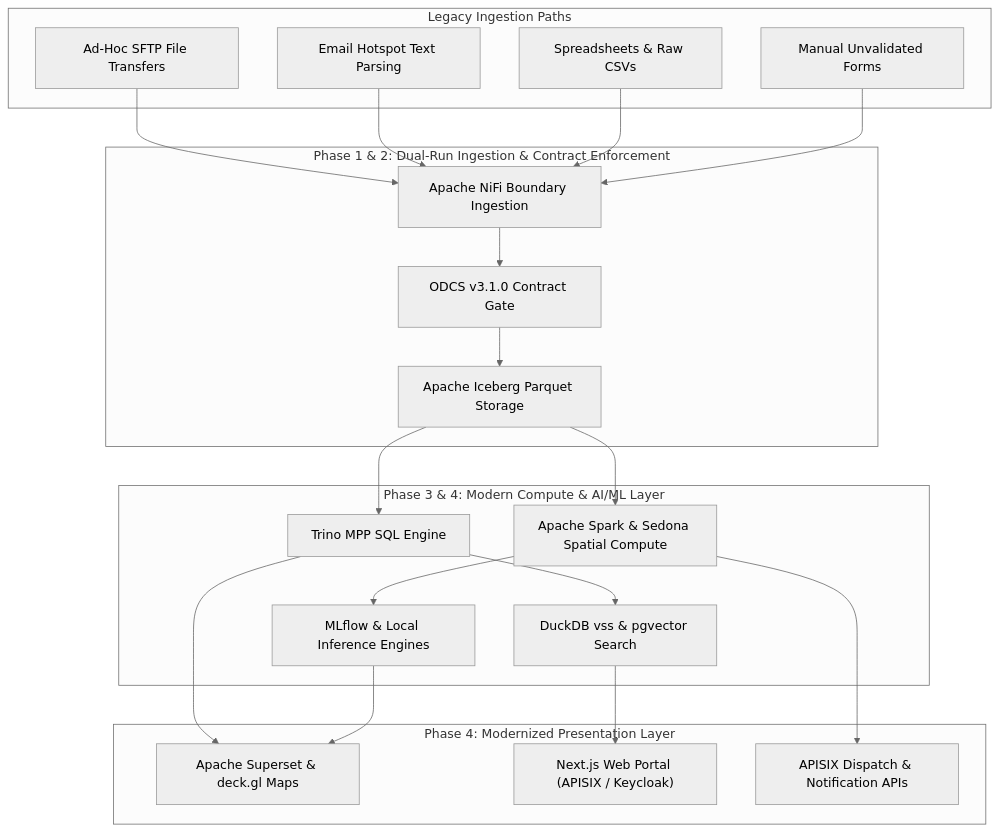
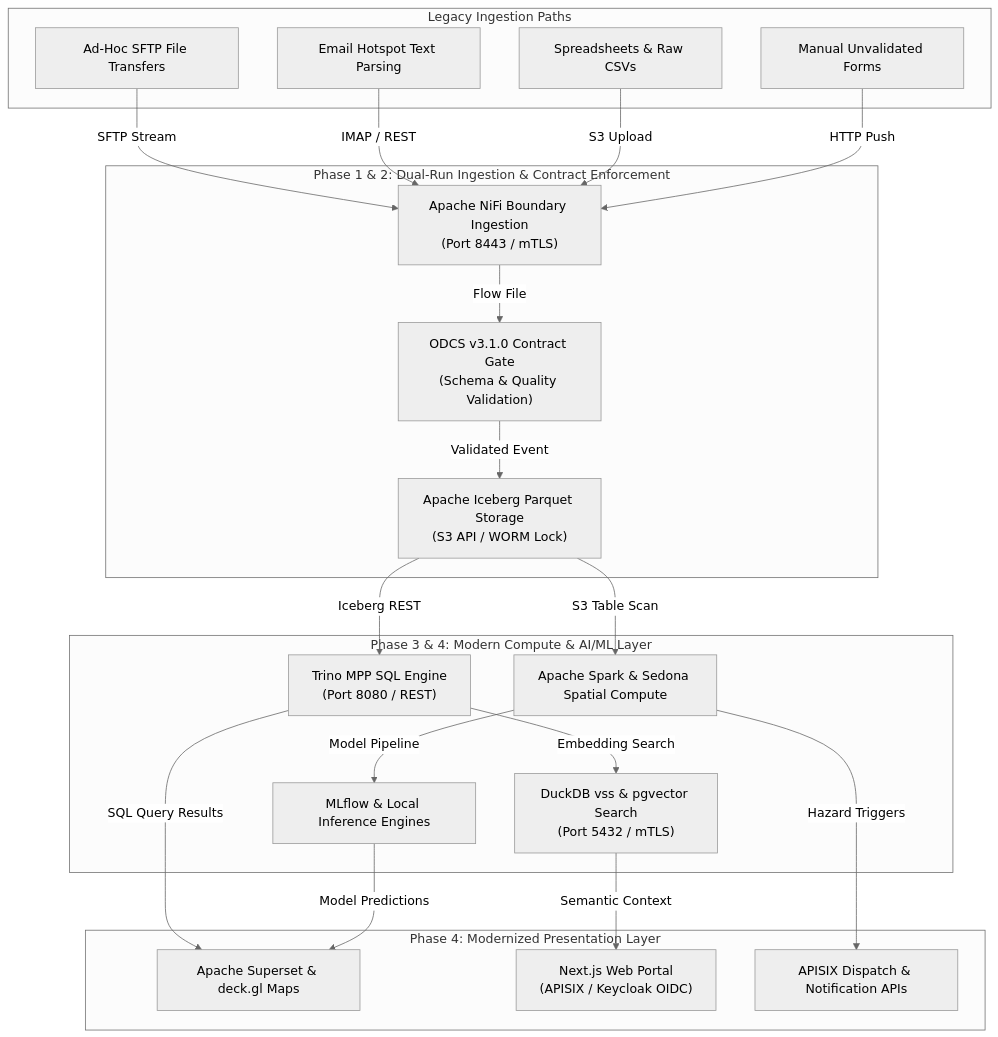
One commit to linuxmalaysia/bda-ai-infra changed the first of 2 diagrams in docs/reference/5-year-bda-ai-roadmap-and-business-case.md. Above: the diagram before and after it, drawn with Mermaid (neutral theme). The commit also changed other lines of this file and 18 other files, not shown here.

Commit message:
feat: add dual-render diagram AI skill and refactor all existing diagrams

````diff
--- a/docs/reference/5-year-bda-ai-roadmap-and-business-case.md
+++ b/docs/reference/5-year-bda-ai-roadmap-and-business-case.md
@@ -127,44 +219,44 @@
 ```mermaid
 flowchart TD
     subgraph LegacyIngest ["Legacy Ingestion Paths"]
         L1["Manual Unvalidated Forms"]
-        L2["Spreadsheets & Raw CSVs"]
+        L2["Spreadsheets &amp; Raw CSVs"]
         L3["Email Hotspot Text Parsing"]
         L4["Ad-Hoc SFTP File Transfers"]
     end
 
-    subgraph DualRunPipeline ["Phase 1 & 2: Dual-Run Ingestion & Contract Enforcement"]
-        NiFi["Apache NiFi Boundary Ingestion"]
-        ODCS["ODCS v3.1.0 Contract Gate"]
-        Iceberg["Apache Iceberg Parquet Storage"]
+    subgraph DualRunPipeline ["Phase 1 &amp; 2: Dual-Run Ingestion &amp; Contract Enforcement"]
+        NiFi["Apache NiFi Boundary Ingestion<br/>(Port 8443 / mTLS)"]
+        ODCS["ODCS v3.1.0 Contract Gate<br/>(Schema &amp; Quality Validation)"]
+        Iceberg["Apache Iceberg Parquet Storage<br/>(S3 API / WORM Lock)"]
     end
 
-    subgraph ModernComputeAI ["Phase 3 & 4: Modern Compute & AI/ML Layer"]
-        SparkSedona["Apache Spark & Sedona Spatial Compute"]
-        Trino["Trino MPP SQL Engine"]
-        MLOps["MLflow & Local Inference Engines"]
-        VectorSearch["DuckDB vss & pgvector Search"]
+    subgraph ModernComputeAI ["Phase 3 &amp; 4: Modern Compute &amp; AI/ML Layer"]
+        SparkSedona["Apache Spark &amp; Sedona Spatial Compute"]
+        Trino["Trino MPP SQL Engine<br/>(Port 8080 / REST)"]
+        MLOps["MLflow &amp; Local Inference Engines"]
+        VectorSearch["DuckDB vss &amp; pgvector Search<br/>(Port 5432 / mTLS)"]
     end
 
     subgraph Presentation ["Phase 4: Modernized Presentation Layer"]
-        Superset["Apache Superset & deck.gl Maps"]
-        Portal["Next.js Web Portal (APISIX / Keycloak)"]
-        Alerts["APISIX Dispatch & Notification APIs"]
+        Superset["Apache Superset &amp; deck.gl Maps"]
+        Portal["Next.js Web Portal<br/>(APISIX / Keycloak OIDC)"]
+        Alerts["APISIX Dispatch &amp; Notification APIs"]
     end
 
-    L1 --> NiFi
-    L2 --> NiFi
-    L3 --> NiFi
-    L4 --> NiFi
+    L1 -->|"HTTP Push"| NiFi
+    L2 -->|"S3 Upload"| NiFi
+    L3 -->|"IMAP / REST"| NiFi
+    L4 -->|"SFTP Stream"| NiFi
 
-    NiFi --> ODCS --> Iceberg
-    Iceberg --> SparkSedona
-    Iceberg --> Trino
-    SparkSedona --> MLOps
-    Trino --> VectorSearch
+    NiFi -->|"Flow File"| ODCS -->|"Validated Event"| Iceberg
+    Iceberg -->|"S3 Table Scan"| SparkSedona
+    Iceberg -->|"Iceberg REST"| Trino
+    SparkSedona -->|"Model Pipeline"| MLOps
+    Trino -->|"Embedding Search"| VectorSearch
 
-    MLOps --> Superset
-    SparkSedona --> Alerts
-    Trino --> Superset
-    VectorSearch --> Portal
+    MLOps -->|"Model Predictions"| Superset
+    SparkSedona -->|"Hazard Triggers"| Alerts
+    Trino -->|"SQL Query Results"| Superset
+    VectorSearch -->|"Semantic Context"| Portal
 ```
````
